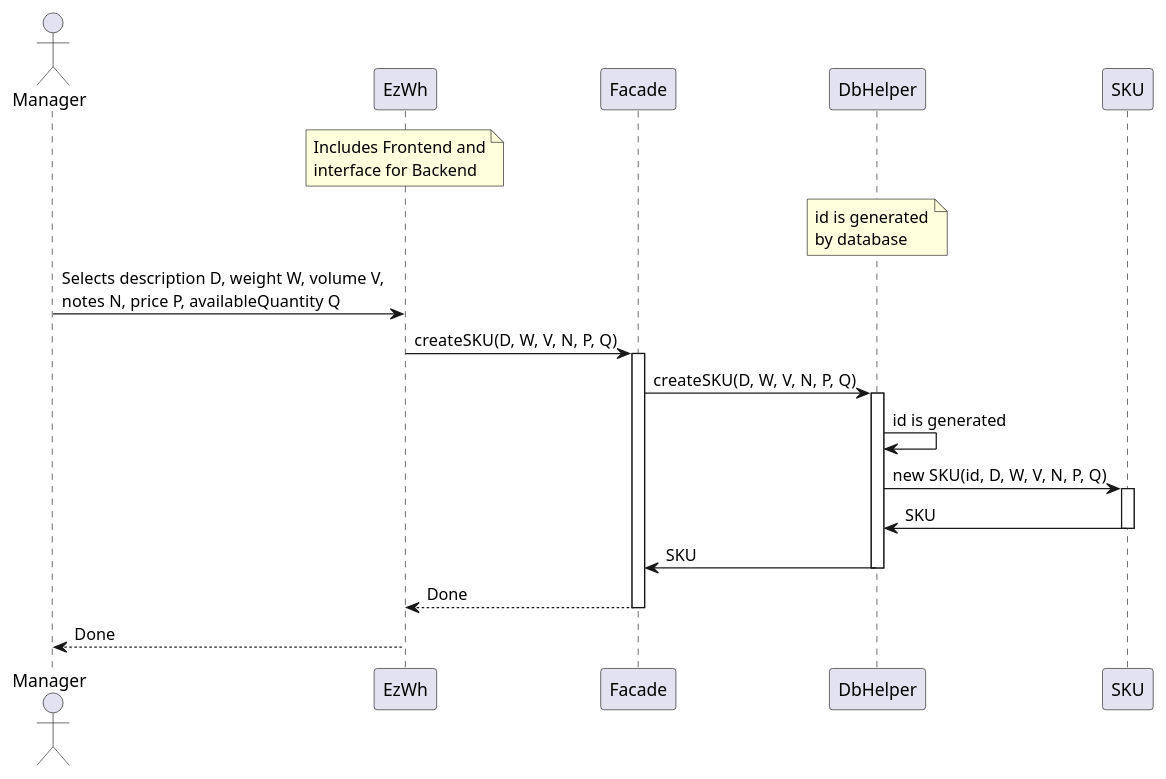
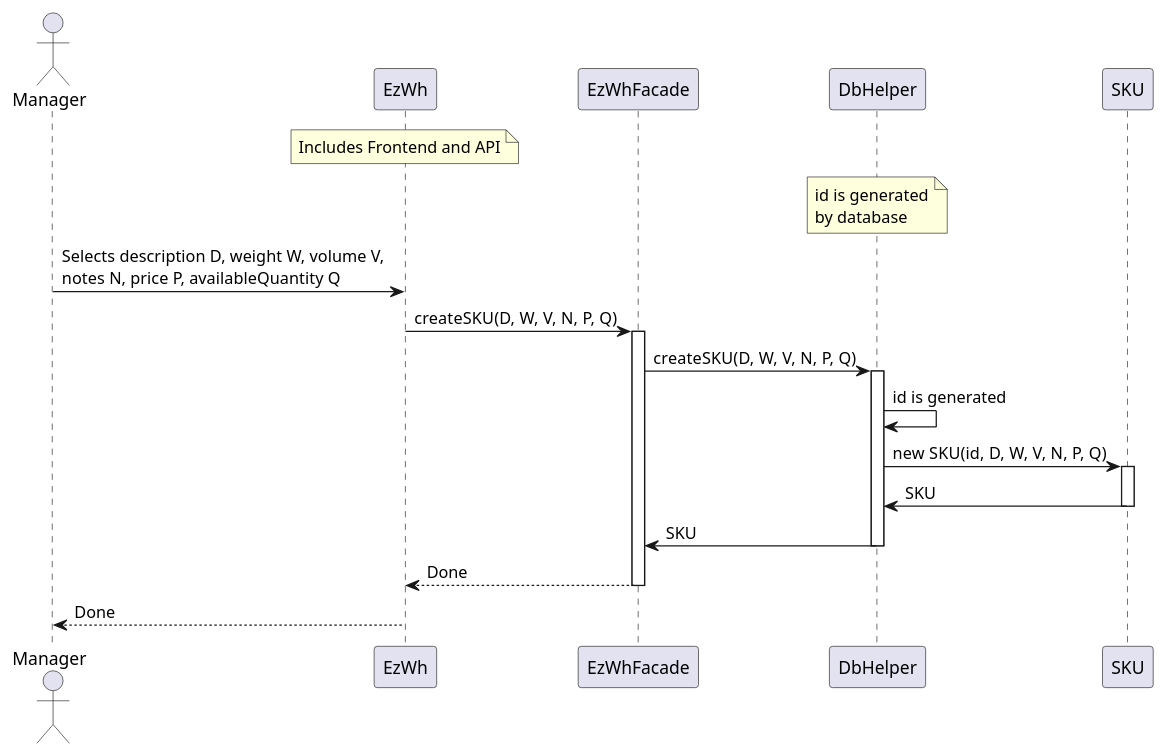
Before and after one commit to giuseppe-dandrea/EzWh: the second of 12 diagrams in DesignDocument.md, drawn with PlantUML. The commit also changed other lines of this file and 1 other file, not shown here.

Commit message:
Added low_level_design_diagram.svg. Changed some terms for consistency.

````diff
--- a/DesignDocument.md
+++ b/DesignDocument.md
@@ -538,25 +542,25 @@
 ```plantuml
 actor Manager
 participant EzWh
-note over EzWh: Includes Frontend and\ninterface for Backend
-participant Facade
+note over EzWh: Includes Frontend and API
+participant EzWhFacade
 participant DbHelper
 note over DbHelper: id is generated\nby database
 participant SKU
 
 Manager -> EzWh: Selects description D, weight W, volume V,\nnotes N, price P, availableQuantity Q
-EzWh -> Facade: createSKU(D, W, V, N, P, Q)
-activate Facade
-Facade -> DbHelper: createSKU(D, W, V, N, P, Q)
+EzWh -> EzWhFacade: createSKU(D, W, V, N, P, Q)
+activate EzWhFacade
+EzWhFacade -> DbHelper: createSKU(D, W, V, N, P, Q)
 activate DbHelper
 DbHelper -> DbHelper : id is generated
 DbHelper -> SKU: new SKU(id, D, W, V, N, P, Q)
 activate SKU
 SKU -> DbHelper: SKU
 deactivate SKU
-DbHelper -> Facade : SKU
+DbHelper -> EzWhFacade : SKU
 deactivate DbHelper
-Facade --> EzWh : Done
-deactivate Facade
+EzWhFacade --> EzWh : Done
+deactivate EzWhFacade
 EzWh --> Manager : Done
 ```
````
